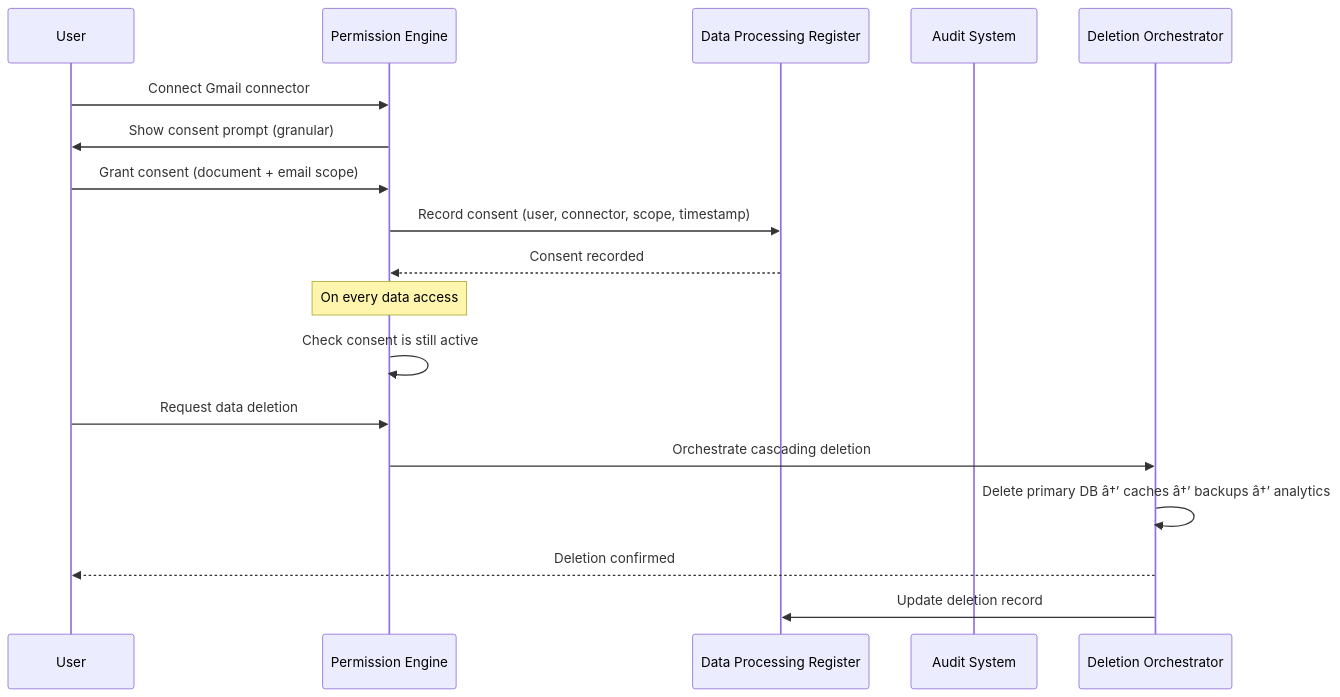
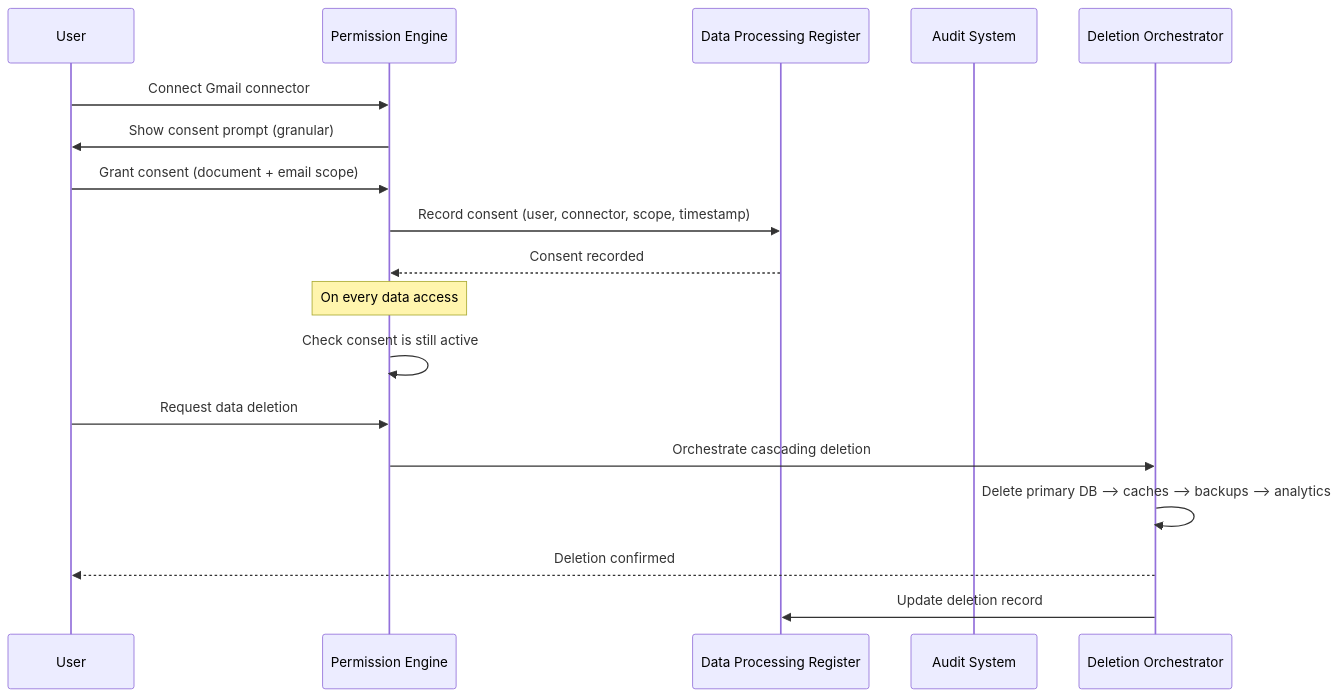
The second of 2 diagrams in Docs/Security/Compliance.md (Driftloom/Vaeloom), drawn with Mermaid before and after one commit. The commit also changed other lines of this file and 13 other files, not shown here.

Commit message:
docs(security): add security architecture, threat model, encryption, and IAM

````diff
--- a/Docs/Security/Compliance.md
+++ b/Docs/Security/Compliance.md
@@ -217,23 +217,23 @@
 ```mermaid
 sequenceDiagram
     participant U as User
     participant PS as Permission Engine
     participant REG as Data Processing Register
     participant AUD as Audit System
     participant DEL as Deletion Orchestrator
 
     U->>PS: Connect Gmail connector
     PS->>U: Show consent prompt (granular)
     U->>PS: Grant consent (document + email scope)
     PS->>REG: Record consent (user, connector, scope, timestamp)
     REG-->>PS: Consent recorded
     
     Note over PS: On every data access
     PS->>PS: Check consent is still active
     
     U->>PS: Request data deletion
     PS->>DEL: Orchestrate cascading deletion
-    DEL->>DEL: Delete primary DB â†’ caches â†’ backups â†’ analytics
+    DEL->>DEL: Delete primary DB --> caches --> backups --> analytics
     DEL-->>U: Deletion confirmed
     DEL->>REG: Update deletion record
 ```
````
